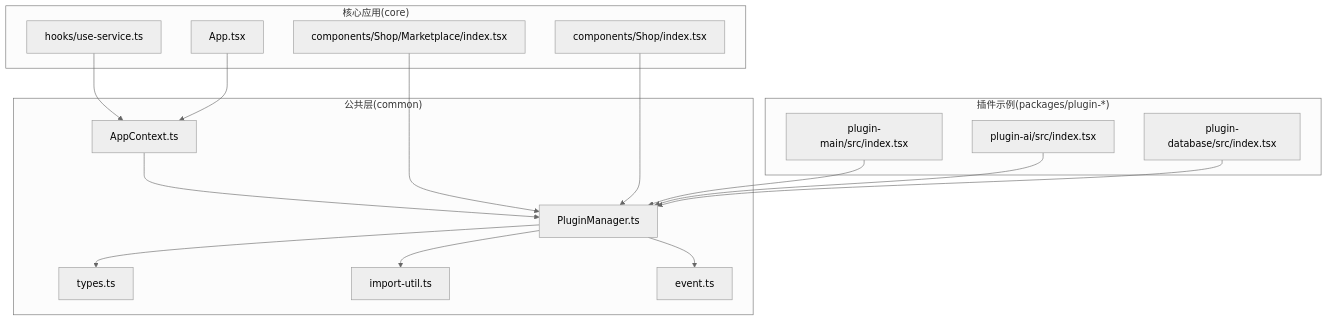
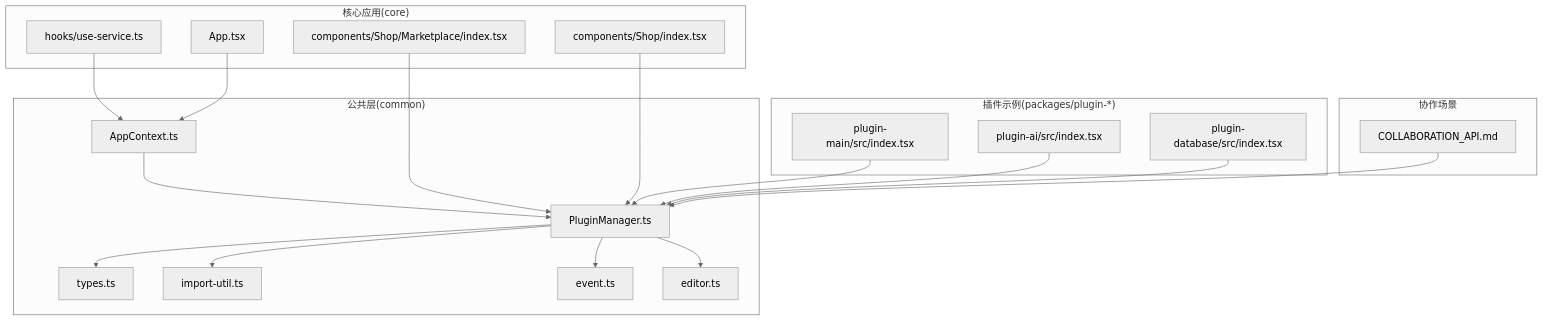
The first of 8 diagrams in .qoder/repowiki/zh/content/架构设计/插件系统架构/插件管理器核心.md (LRF0422/Kotion), drawn with Mermaid (neutral theme) before and after one commit. The commit also changed other lines of this file and 75 other files, not shown here.

````diff
--- a/.qoder/repowiki/zh/content/架构设计/插件系统架构/插件管理器核心.md
+++ b/.qoder/repowiki/zh/content/架构设计/插件系统架构/插件管理器核心.md
@@ -49,32 +62,38 @@
 ```mermaid
 graph TB
 subgraph "公共层(common)"
 PM["PluginManager.ts"]
 Types["types.ts"]
 Ctx["AppContext.ts"]
 ImportUtil["import-util.ts"]
 Event["event.ts"]
+EditorTypes["editor.ts"]
 end
 subgraph "核心应用(core)"
 UseSvc["hooks/use-service.ts"]
 App["App.tsx"]
 Shop["components/Shop/Marketplace/index.tsx"]
 ShopList["components/Shop/index.tsx"]
 end
 subgraph "插件示例(packages/plugin-*)"
 PMain["plugin-main/src/index.tsx"]
 PAI["plugin-ai/src/index.tsx"]
 PDB["plugin-database/src/index.tsx"]
 end
+subgraph "协作场景"
+CollabDoc["COLLABORATION_API.md"]
+end
 PM --> ImportUtil
 PM --> Event
 PM --> Types
+PM --> EditorTypes
 Ctx --> PM
 UseSvc --> Ctx
 App --> Ctx
 Shop --> PM
 ShopList --> PM
 PMain --> PM
 PAI --> PM
 PDB --> PM
+CollabDoc --> PM
 ```
````
